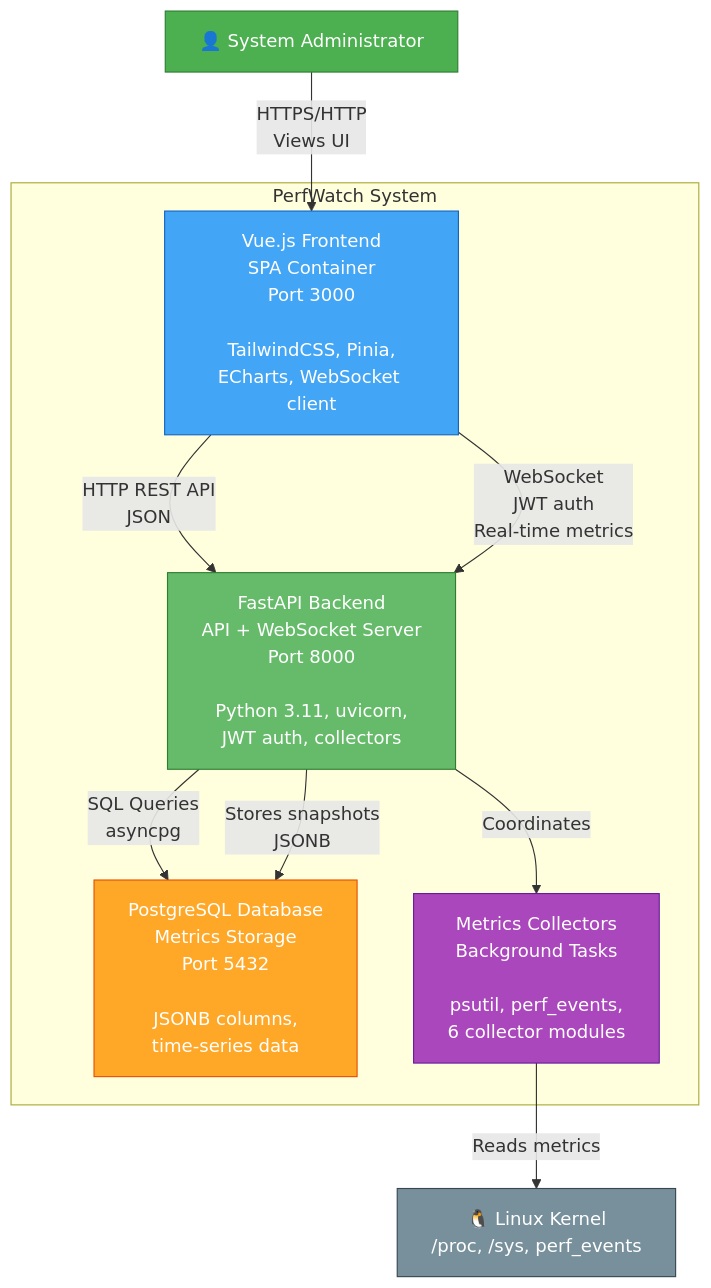
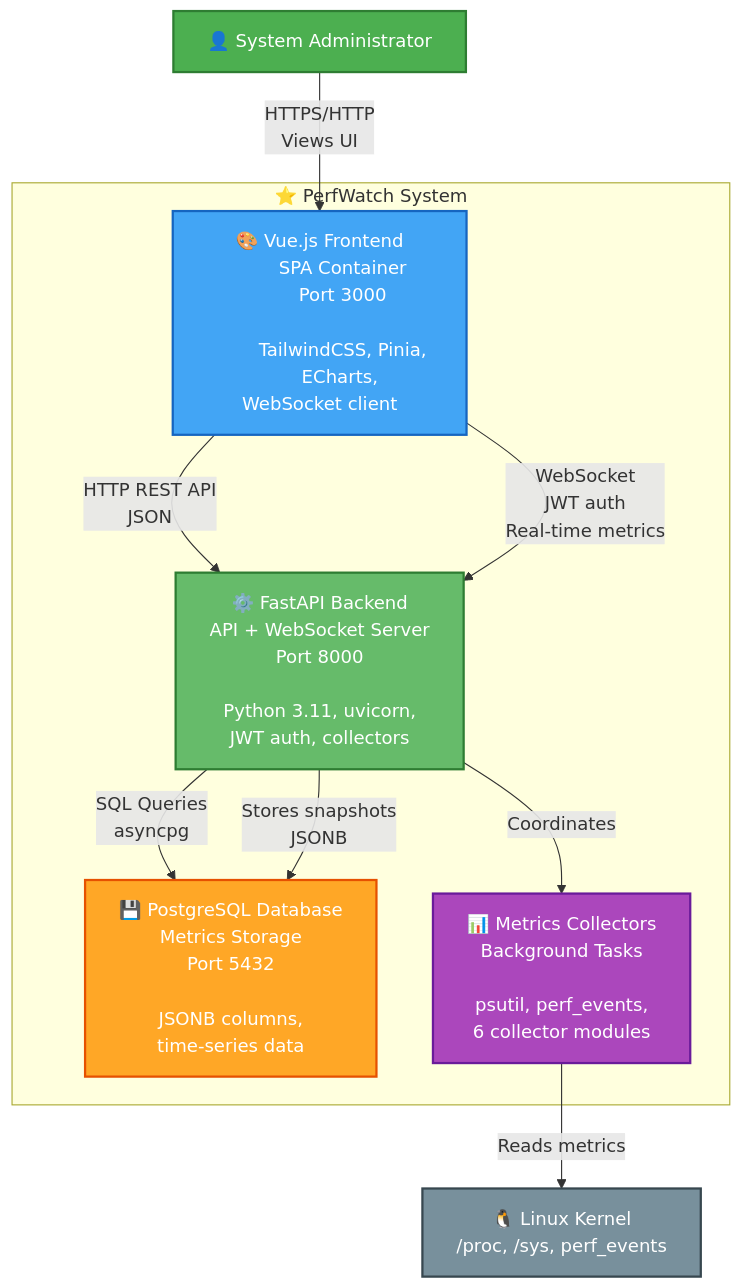
One commit to zhyndalf/perfwatch changed the diagram in docs/diagrams/architects/c4-container.md. Above: the diagram before and after it, drawn with Mermaid. The commit also changed 3 other files, not shown here.

First line of the commit message:
docs: fix Mermaid diagrams for GitHub compatibility

````diff
--- a/docs/diagrams/architects/c4-container.md
+++ b/docs/diagrams/architects/c4-container.md
@@ -11,35 +11,51 @@
 ```mermaid
-graph TB
-    User[👤 System Administrator]
+flowchart TB
+    User["👤 System Administrator"]
 
-    subgraph PerfWatch["PerfWatch System"]
-        Frontend[Vue.js Frontend<br/>SPA Container<br/>Port 3000<br/><br/>TailwindCSS, Pinia,<br/>ECharts, WebSocket client]
-        Backend[FastAPI Backend<br/>API + WebSocket Server<br/>Port 8000<br/><br/>Python 3.11, uvicorn,<br/>JWT auth, collectors]
-        Database[PostgreSQL Database<br/>Metrics Storage<br/>Port 5432<br/><br/>JSONB columns,<br/>time-series data]
-        Collectors[Metrics Collectors<br/>Background Tasks<br/><br/>psutil, perf_events,<br/>6 collector modules]
+    subgraph PerfWatch["⭐ PerfWatch System"]
+        Frontend["🎨 Vue.js Frontend
+        SPA Container
+        Port 3000
+
+        TailwindCSS, Pinia,
+        ECharts, WebSocket client"]
+
+        Backend["⚙️ FastAPI Backend
+        API + WebSocket Server
+        Port 8000
+
+        Python 3.11, uvicorn,
+        JWT auth, collectors"]
+
+        Database["💾 PostgreSQL Database
+        Metrics Storage
+        Port 5432
+
+        JSONB columns,
+        time-series data"]
+
+        Collectors["📊 Metrics Collectors
+        Background Tasks
+
+        psutil, perf_events,
+        6 collector modules"]
     end
 
-    LinuxKernel[🐧 Linux Kernel<br/>/proc, /sys, perf_events]
+    LinuxKernel["🐧 Linux Kernel
+    /proc, /sys, perf_events"]
 
     User -->|HTTPS/HTTP<br/>Views UI| Frontend
     Frontend -->|HTTP REST API<br/>JSON| Backend
     Frontend -->|WebSocket<br/>JWT auth<br/>Real-time metrics| Backend
     Backend -->|SQL Queries<br/>asyncpg| Database
     Backend -->|Coordinates| Collectors
     Collectors -->|Reads metrics| LinuxKernel
     Backend -->|Stores snapshots<br/>JSONB| Database
 
-    classDef userStyle fill:#4CAF50,stroke:#2E7D32,color:#fff
-    classDef frontendStyle fill:#42A5F5,stroke:#1565C0,color:#fff
-    classDef backendStyle fill:#66BB6A,stroke:#2E7D32,color:#fff
-    classDef dataStyle fill:#FFA726,stroke:#E65100,color:#fff
-    classDef collectorStyle fill:#AB47BC,stroke:#6A1B9A,color:#fff
-    classDef externalStyle fill:#78909C,stroke:#37474F,color:#fff
-
-    class User userStyle
-    class Frontend frontendStyle
-    class Backend backendStyle
-    class Database dataStyle
-    class Collectors collectorStyle
-    class LinuxKernel externalStyle
+    style User fill:#4CAF50,stroke:#2E7D32,stroke-width:2px,color:#fff
+    style Frontend fill:#42A5F5,stroke:#1565C0,stroke-width:2px,color:#fff
+    style Backend fill:#66BB6A,stroke:#2E7D32,stroke-width:2px,color:#fff
+    style Database fill:#FFA726,stroke:#E65100,stroke-width:2px,color:#fff
+    style Collectors fill:#AB47BC,stroke:#6A1B9A,stroke-width:2px,color:#fff
+    style LinuxKernel fill:#78909C,stroke:#37474F,stroke-width:2px,color:#fff
 ```
````
